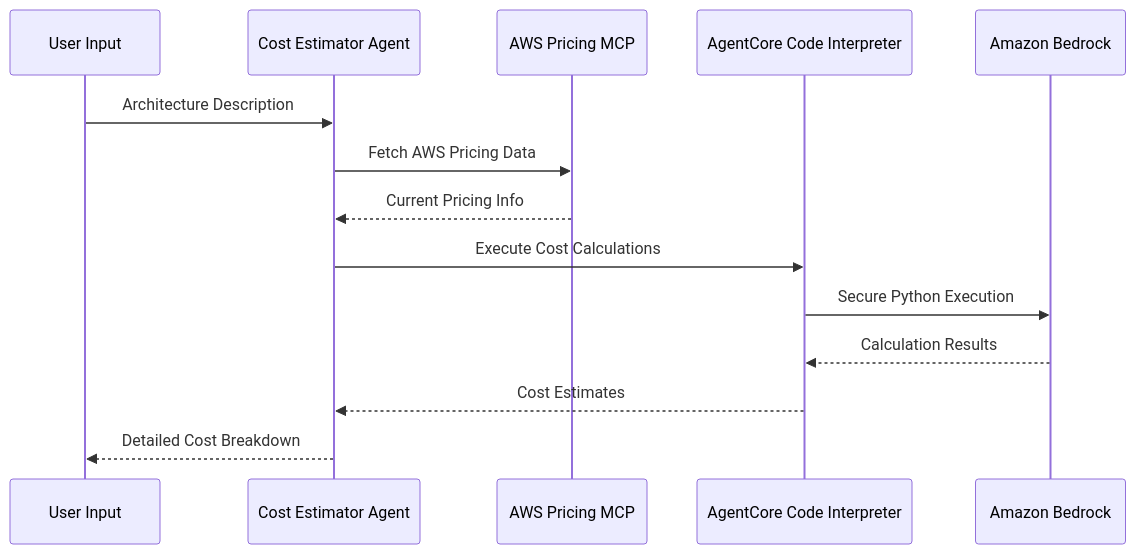
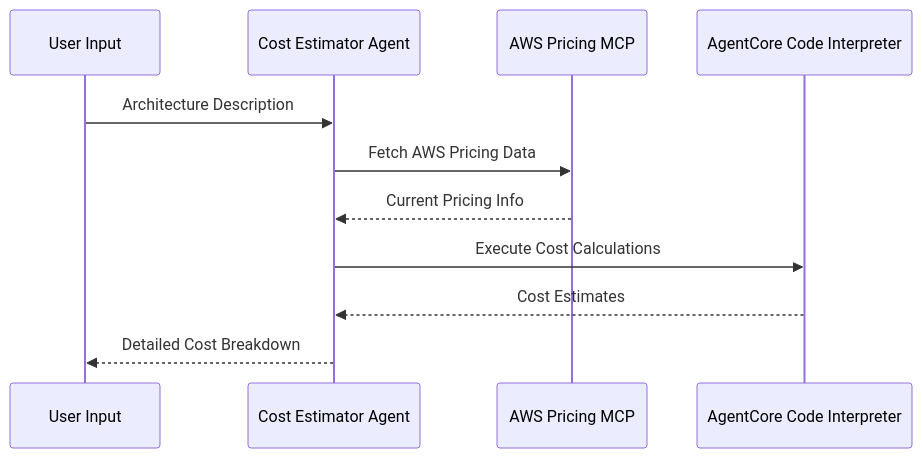
Before and after one commit to k-taiga/sample-amazon-bedrock-agentcore-onboarding: the diagram in 01_code_interpreter/README.md, drawn with Mermaid. The commit also changed 1 other file, not shown here.

Commit message:
Fix text concatenation

````diff
--- a/01_code_interpreter/README.md
+++ b/01_code_interpreter/README.md
@@ -7,17 +7,14 @@
 ```mermaid
 sequenceDiagram
     participant User as User Input
     participant Agent as Cost Estimator Agent
     participant MCP as AWS Pricing MCP
     participant CodeInt as AgentCore Code Interpreter
-    participant Bedrock as Amazon Bedrock
 
     User->>Agent: Architecture Description
     Agent->>MCP: Fetch AWS Pricing Data
     MCP-->>Agent: Current Pricing Info
     Agent->>CodeInt: Execute Cost Calculations
-    CodeInt->>Bedrock: Secure Python Execution
-    Bedrock-->>CodeInt: Calculation Results
     CodeInt-->>Agent: Cost Estimates
     Agent-->>User: Detailed Cost Breakdown
 ```
````
